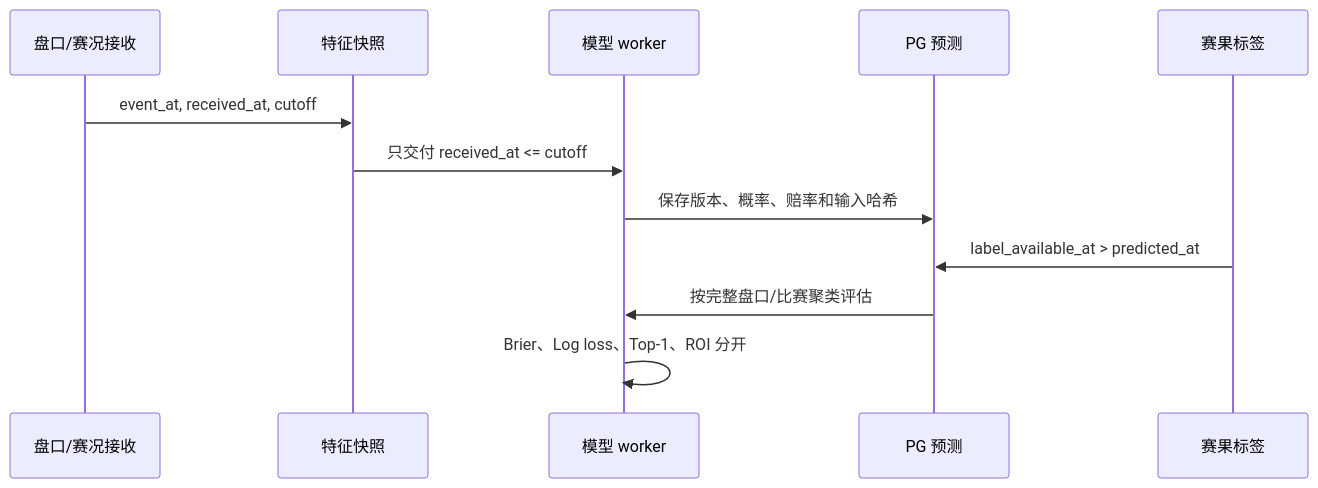
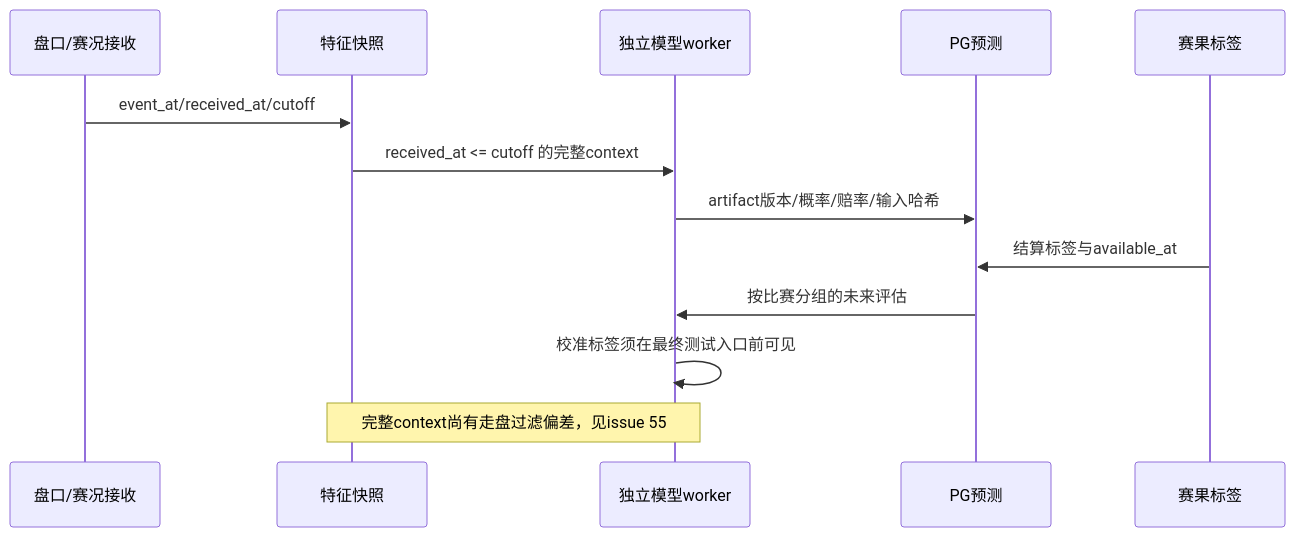
One commit to 1420970597/ai_football changed the second of 3 diagrams in reports/decision-algorithm-model-audit/REPORT.md. Above: the diagram before and after it, drawn with Mermaid. The commit also changed other lines of this file and 15 other files, not shown here.

````diff
--- a/reports/decision-algorithm-model-audit/REPORT.md
+++ b/reports/decision-algorithm-model-audit/REPORT.md
@@ -83,14 +81,15 @@
 ```mermaid
 sequenceDiagram
     participant Q as 盘口/赛况接收
     participant F as 特征快照
-    participant M as 模型 worker
-    participant P as PG 预测
+    participant W as 独立模型worker
+    participant P as PG预测
     participant L as 赛果标签
-    Q->>F: event_at, received_at, cutoff
-    F->>M: 只交付 received_at <= cutoff
-    M->>P: 保存版本、概率、赔率和输入哈希
-    L->>P: label_available_at > predicted_at
-    P->>M: 按完整盘口/比赛聚类评估
-    M->>M: Brier、Log loss、Top-1、ROI 分开
+    Q->>F: event_at/received_at/cutoff
+    F->>W: received_at <= cutoff 的完整context
+    W->>P: artifact版本/概率/赔率/输入哈希
+    L->>P: 结算标签与available_at
+    P->>W: 按比赛分组的未来评估
+    W->>W: 校准标签须在最终测试入口前可见
+    Note over F,W: 完整context尚有走盘过滤偏差，见issue 55
 ```
````
